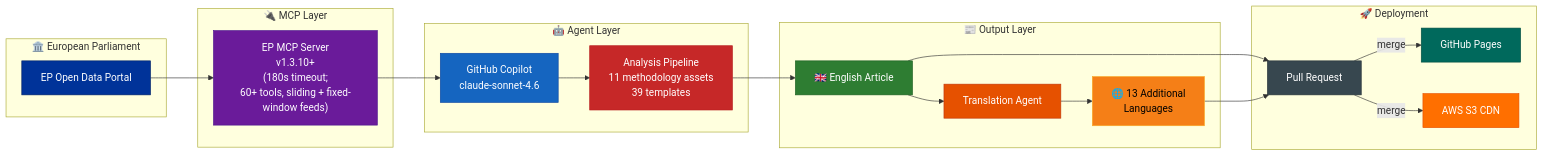
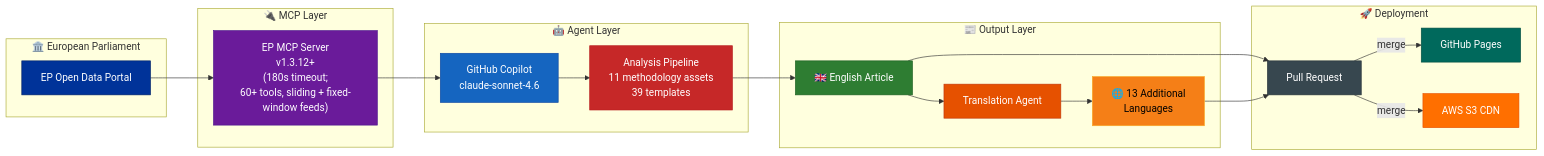
One commit to Hack23/euparliamentmonitor changed diagram 22 of 22 in WORKFLOWS.md. Above: the diagram before and after it, drawn with Mermaid. The commit also changed other lines of this file and 55 other files, not shown here.

Commit message:
chore: bump european-parliament-mcp-server references 1.3.10 → 1.3.12

````diff
--- a/WORKFLOWS.md
+++ b/WORKFLOWS.md
@@ -2156,42 +2156,42 @@
 ```mermaid
 flowchart LR
     subgraph "🏛️ European Parliament"
         EP["EP Open Data Portal"]
     end
 
     subgraph "🔌 MCP Layer"
-        MCP["EP MCP Server<br/>v1.3.10+<br/>(180s timeout;<br/>60+ tools, sliding + fixed-window feeds)"]
+        MCP["EP MCP Server<br/>v1.3.12+<br/>(180s timeout;<br/>60+ tools, sliding + fixed-window feeds)"]
     end
 
     subgraph "🤖 Agent Layer"
         Agent["GitHub Copilot<br/>claude-sonnet-4.6"]
         Analyze["Analysis Pipeline<br/>11 methodology assets<br/>39 templates"]
     end
 
     subgraph "📰 Output Layer"
         EN["🇬🇧 English Article"]
         Translate["Translation Agent"]
         Multi["🌐 13 Additional<br/>Languages"]
     end
 
     subgraph "🚀 Deployment"
         PR["Pull Request"]
         Pages["GitHub Pages"]
         S3["AWS S3 CDN"]
     end
 
     EP --> MCP --> Agent --> Analyze --> EN --> PR
     EN --> Translate --> Multi --> PR
     PR --> |"merge"| Pages & S3
 
     style EP fill:#003399,stroke:#002266,color:#FFFFFF
     style MCP fill:#6A1B9A,stroke:#4A148C,color:#FFFFFF
     style Agent fill:#1565C0,stroke:#0D47A1,color:#FFFFFF
     style Analyze fill:#C62828,stroke:#B71C1C,color:#FFFFFF
     style EN fill:#2E7D32,stroke:#1B5E20,color:#FFFFFF
     style Translate fill:#E65100,stroke:#BF360C,color:#FFFFFF
     style Multi fill:#F57F17,stroke:#F9A825,color:#000000
     style PR fill:#37474F,stroke:#263238,color:#FFFFFF
     style Pages fill:#00695C,stroke:#004D40,color:#FFFFFF
     style S3 fill:#FF6F00,stroke:#E65100,color:#FFFFFF
 ```
````
